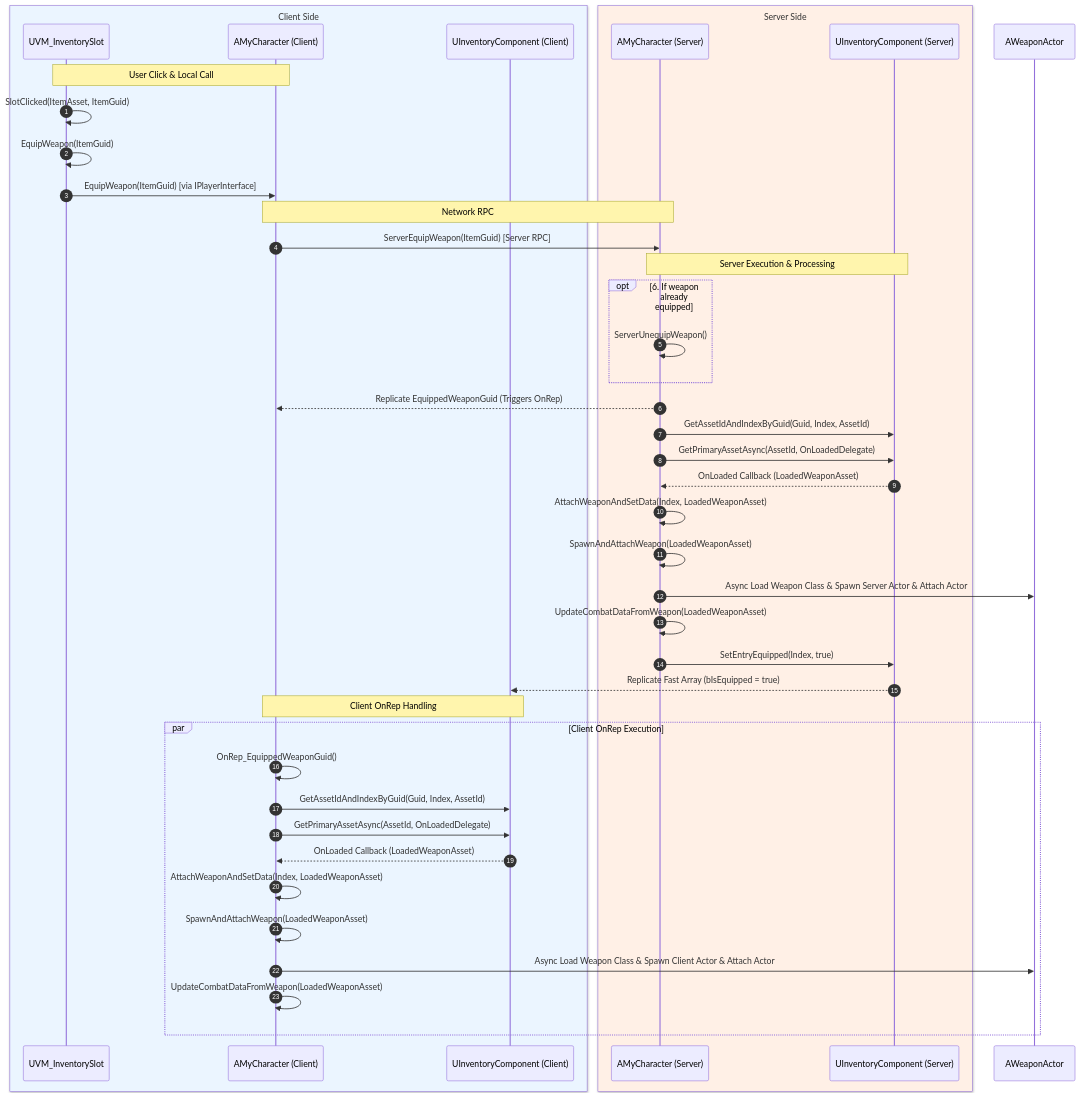
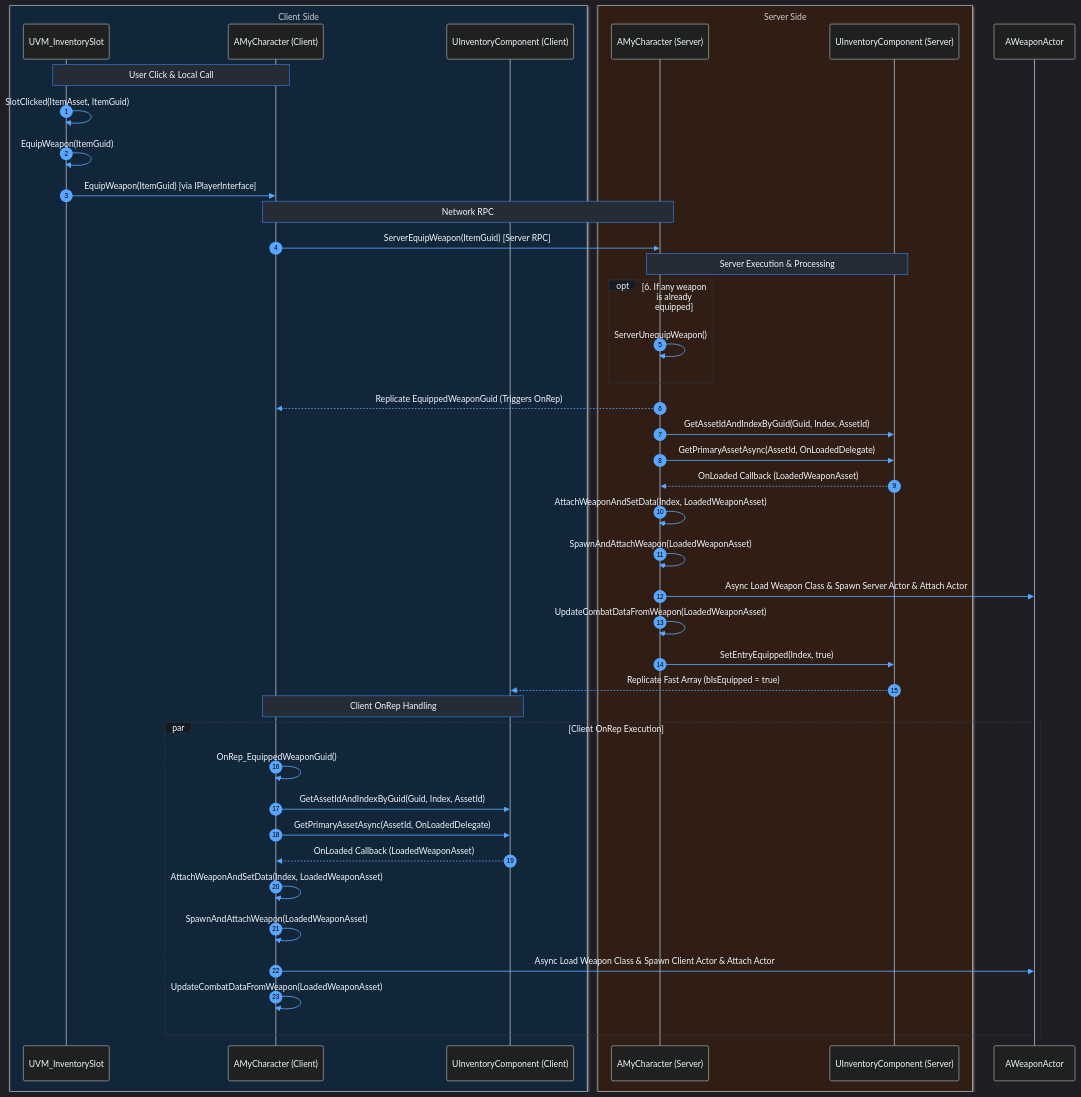
Before and after one commit to pinrui-lai/UE5-GAS-Multiplayer-Demo: the third of 4 diagrams in README.en.md, drawn with Mermaid. The commit also changed 1 other file, not shown here.

````diff
--- a/README.en.md
+++ b/README.en.md
@@ -351,14 +351,37 @@
 ```mermaid
+%%{init: {
+  'theme': 'dark',
+  'themeVariables': {
+    'darkMode': true,
+    'background': '#0d1117',
+    'primaryColor': '#1f2937',
+    'primaryTextColor': '#f0f6fc',
+    'primaryBorderColor': '#30363d',
+    'actorLineColor': '#8b949e',
+    'actorTextColor': '#f0f6fc',
+    'signalColor': '#58a6ff',
+    'signalTextColor': '#f0f6fc',
+    'labelBoxBkgColor': '#161b22',
+    'labelBoxBorderColor': '#30363d',
+    'labelTextColor': '#f0f6fc',
+    'loopTextColor': '#f0f6fc',
+    'noteBkgColor': '#262c36',
+    'noteBorderColor': '#388bfd',
+    'noteTextColor': '#f0f6fc',
+    'boxBkgColor': '#161b22',
+    'boxTextColor': '#7d8590'
+  }
+} }%%
 sequenceDiagram
     autonumber
 
-    box rgb(235, 245, 255) Client Side
+    box rgb(18, 38, 58) Client Side
         participant VM as UVM_InventorySlot
         participant C_Char as AMyCharacter (Client)
         participant C_Inv as UInventoryComponent (Client)
     end
 
-    box rgb(255, 240, 230) Server Side
+    box rgb(48, 30, 20) Server Side
         participant S_Char as AMyCharacter (Server)
         participant S_Inv as UInventoryComponent (Server)
         
@@ -378,7 +401,7 @@
 
     %% 6-8. Server Side Operations
     Note over S_Char, S_Inv: Server Execution & Processing
-    opt 6. If weapon already equipped
+    opt 6. If any weapon is already equipped
         S_Char->>S_Char: ServerUnequipWeapon()
     end
 
````
